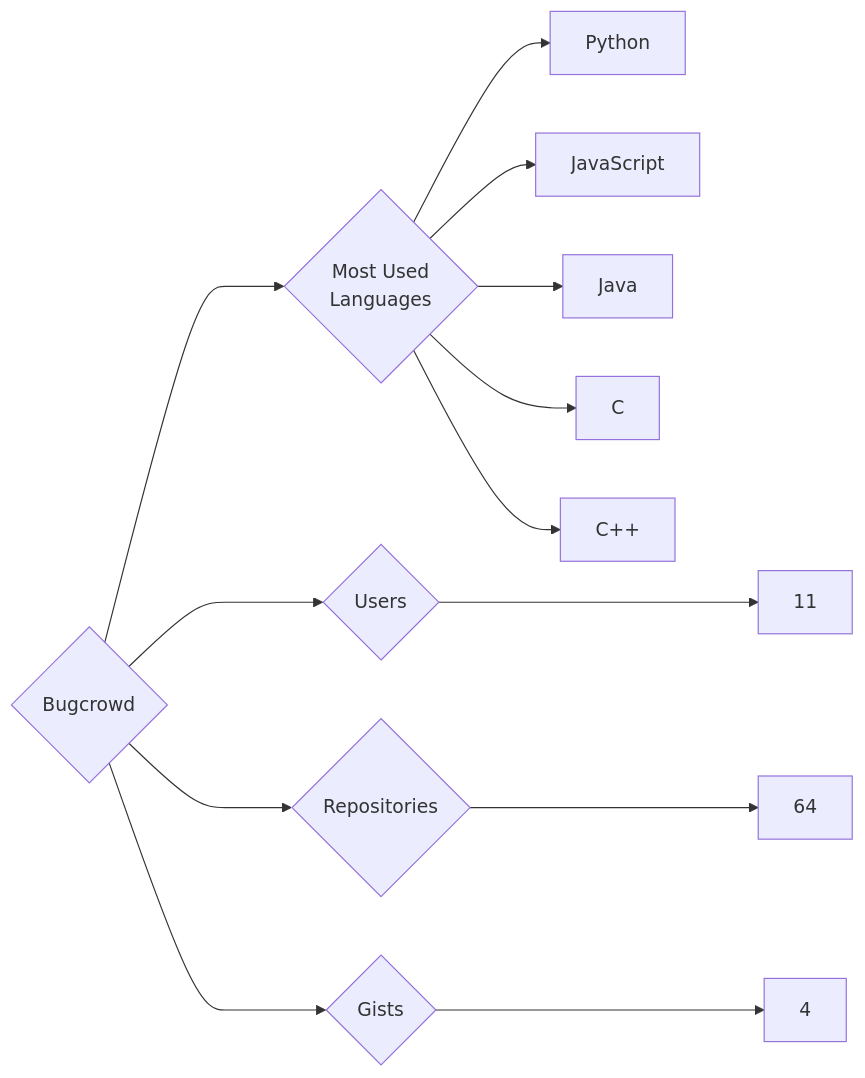
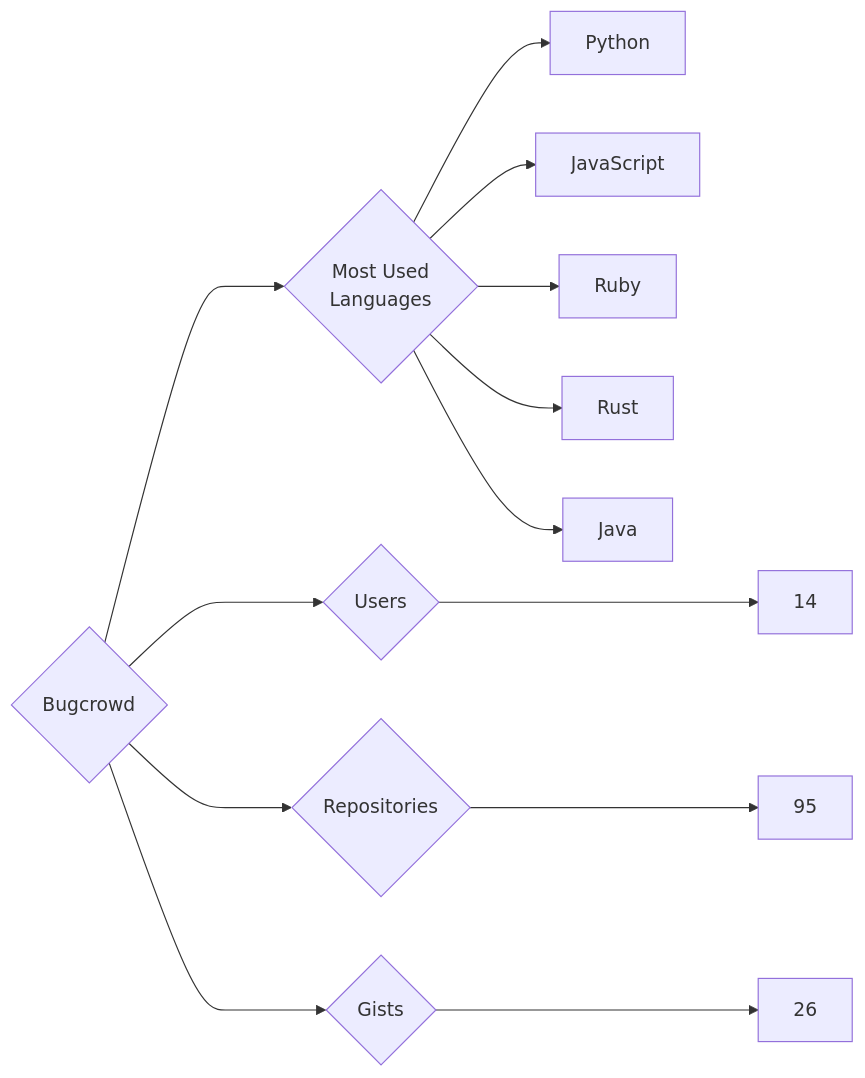
One commit to trickest/insiders changed the diagram in targets/Bugcrowd/README.md. Above: the diagram before and after it, drawn with Mermaid. The commit also changed 1089 other files, not shown here.

````diff
--- a/targets/Bugcrowd/README.md
+++ b/targets/Bugcrowd/README.md
@@ -3,13 +3,13 @@
 ```mermaid
 graph LR
 COMPANY_NAME{Bugcrowd}
-COMPANY_NAME ---> U{Users} ---> UN[11]
-COMPANY_NAME ---> R{Repositories} ---> RN[64]
-COMPANY_NAME ---> G{Gists} ---> GN[4]
+COMPANY_NAME ---> U{Users} ---> UN[14]
+COMPANY_NAME ---> R{Repositories} ---> RN[95]
+COMPANY_NAME ---> G{Gists} ---> GN[26]
 COMPANY_NAME ---> ML{Most Used<br>Languages}
 ML --> Python[Python]
 ML --> JavaScript[JavaScript]
+ML --> Ruby[Ruby]
+ML --> Rust[Rust]
 ML --> Java[Java]
-ML --> C[C]
-ML --> C++[C++]
 ```
````
